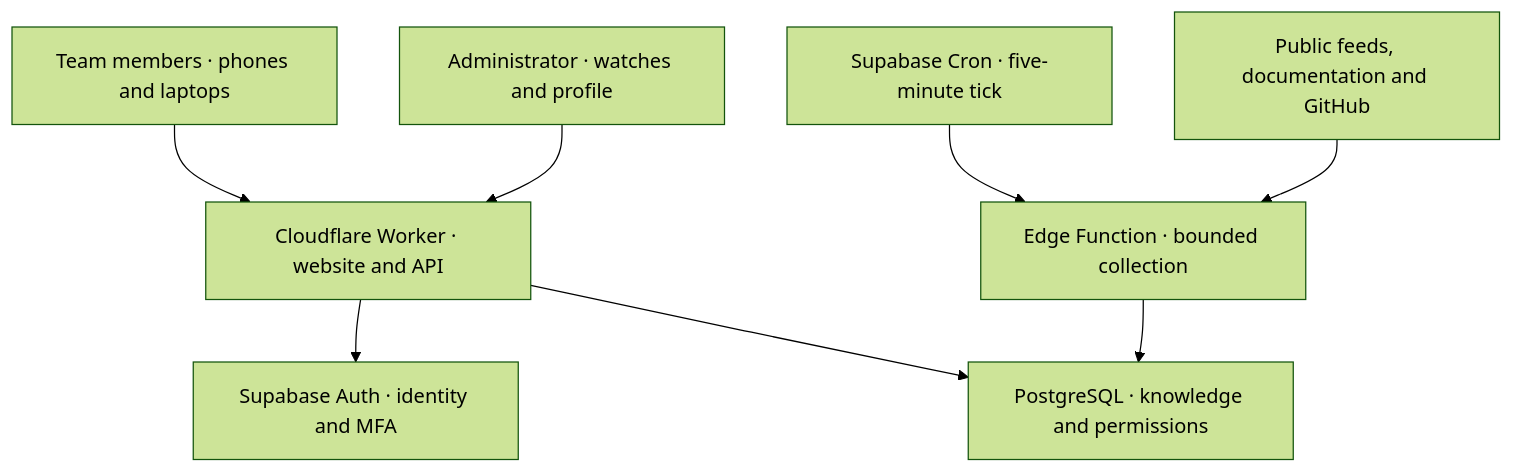
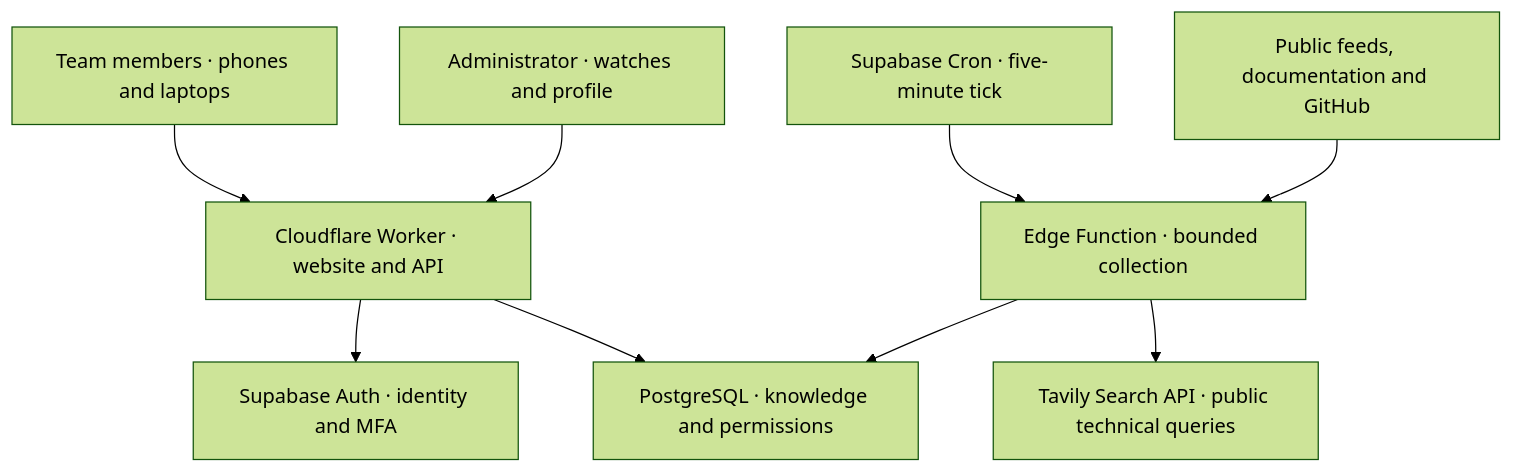
One commit to Idoheled/StackSignal changed the first of 2 diagrams in README.md. Above: the diagram before and after it, drawn with Mermaid (forest theme). The commit also changed other lines of this file and 10 other files, not shown here.

Commit message:
docs: explain active discovery, scoring and search architecture

````diff
--- a/README.md
+++ b/README.md
@@ -67,10 +67,11 @@
 ```mermaid
 flowchart TD
   Team["Team members · phones and laptops"] --> Web["Cloudflare Worker · website and API"]
   Web --> Auth["Supabase Auth · identity and MFA"]
   Web --> Data["PostgreSQL · knowledge and permissions"]
   Schedule["Supabase Cron · five-minute tick"] --> Collector["Edge Function · bounded collection"]
   Public["Public feeds, documentation and GitHub"] --> Collector
+  Collector --> Search["Tavily Search API · public technical queries"]
   Collector --> Data
   Admin["Administrator · watches and profile"] --> Web
 ```
````
